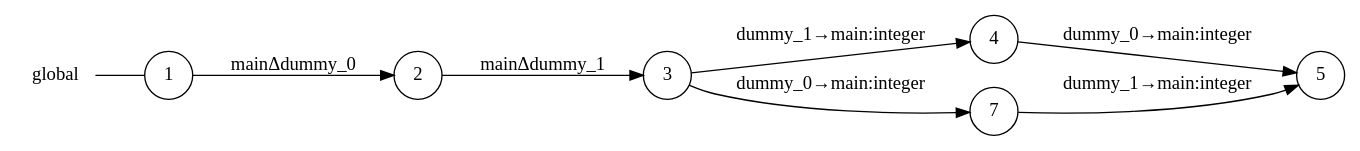
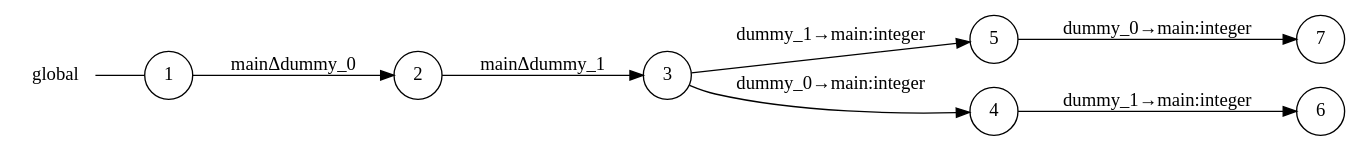
The diagram in examples/for-loop-recursion/main_global_view.dot (gabrielegenovese/chorer), drawn with Graphviz before and after one commit. The commit also changed 71 other files, not shown here.

```diff
--- a/examples/for-loop-recursion/main_global_view.dot
+++ b/examples/for-loop-recursion/main_global_view.dot
@@ -1,18 +1,19 @@
 digraph global {
 	rankdir="LR";
 	n_0 [label="global", shape="plaintext"];
 	n_1 [id="5", shape=circle, label="5"];
-	n_2 [id="1", shape=circle, label="1"];
-	n_0 -> n_2 [arrowhead=none];
-	n_3 [id="2", shape=circle, label="2"];
-	n_4 [id="4", shape=circle, label="4"];
-	n_5 [id="7", shape=circle, label="7"];
-	n_6 [id="3", shape=circle, label="3"];
+	n_2 [id="6", shape=circle, label="6"];
+	n_3 [id="1", shape=circle, label="1"];
+	n_0 -> n_3 [arrowhead=none];
+	n_4 [id="2", shape=circle, label="2"];
+	n_5 [id="4", shape=circle, label="4"];
+	n_6 [id="7", shape=circle, label="7"];
+	n_7 [id="3", shape=circle, label="3"];
 
-	n_3 -> n_6 [id="[$e|2]", label="mainΔdummy_1"];
-	n_2 -> n_3 [id="[$e|0]", label="mainΔdummy_0"];
-	n_6 -> n_5 [id="[$e|1]", label="dummy_0→main:integer"];
-	n_6 -> n_4 [id="[$e|5]", label="dummy_1→main:integer"];
-	n_5 -> n_1 [id="[$e|6]", label="dummy_1→main:integer"];
-	n_4 -> n_1 [id="[$e|4]", label="dummy_0→main:integer"];
+	n_7 -> n_5 [id="[$e|2]", label="dummy_0→main:integer"];
+	n_3 -> n_4 [id="[$e|0]", label="mainΔdummy_0"];
+	n_7 -> n_1 [id="[$e|3]", label="dummy_1→main:integer"];
+	n_5 -> n_2 [id="[$e|4]", label="dummy_1→main:integer"];
+	n_1 -> n_6 [id="[$e|5]", label="dummy_0→main:integer"];
+	n_4 -> n_7 [id="[$e|1]", label="mainΔdummy_1"];
 }
```
